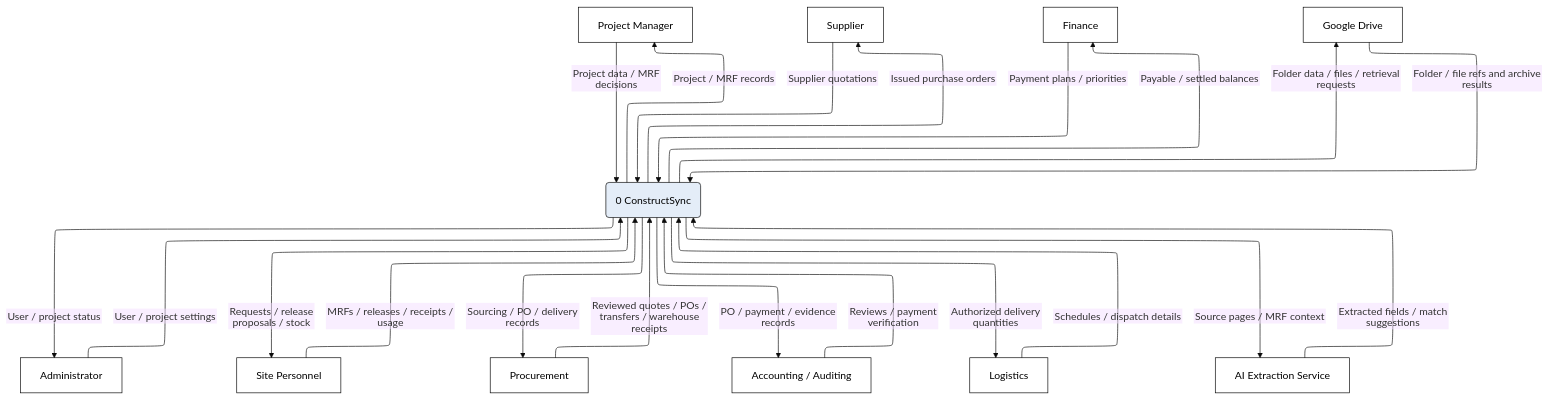
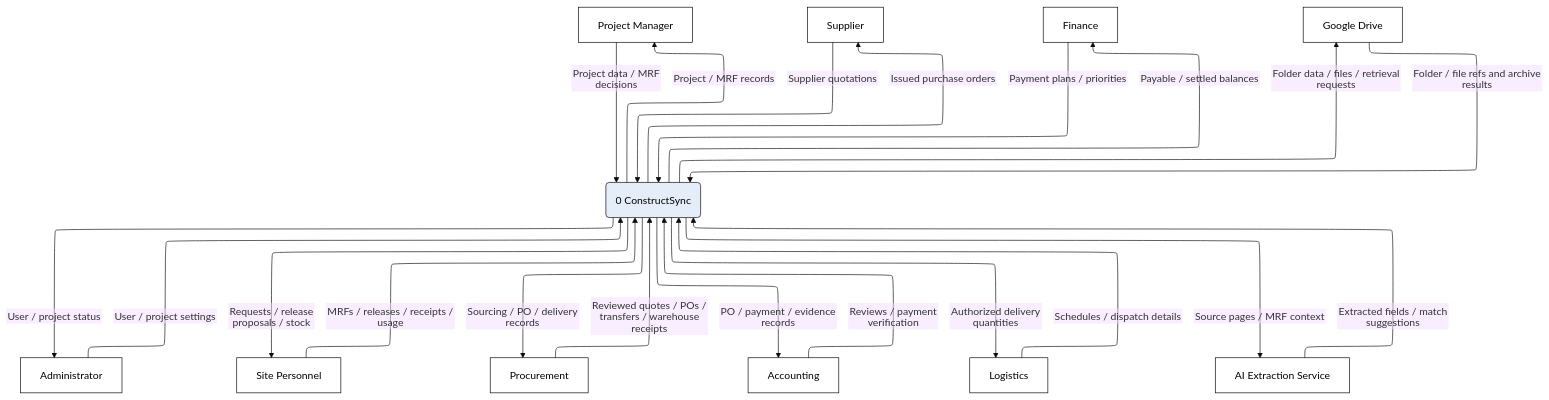
The diagram in docs/thesis/dfd/constructsync-context.mmd (yaboii-jah/HML-Prototype), drawn with Mermaid before and after one commit. The commit also changed 941 other files, not shown here.

```diff
--- a/docs/thesis/dfd/constructsync-context.mmd
+++ b/docs/thesis/dfd/constructsync-context.mmd
@@ -1,45 +1,45 @@
 ---
 config:
   layout: elk
   theme: base
   flowchart:
     htmlLabels: false
 ---
 flowchart TB
   admin["Administrator"]
   pm["Project Manager"]
   site["Site Personnel"]
   proc["Procurement"]
   supplier["Supplier"]
   finance["Finance"]
-  accounting["Accounting / Auditing"]
+  accounting["Accounting"]
   logistics["Logistics"]
   ai["AI Extraction Service"]
   drive["Google Drive"]
   P0("0 ConstructSync")
   admin -->|"User / project settings"| P0
   P0 -->|"User / project status"| admin
   pm -->|"Project data / MRF decisions"| P0
   P0 -->|"Project / MRF records"| pm
   site -->|"MRFs / releases / receipts / usage"| P0
   P0 -->|"Requests / release proposals / stock"| site
   proc -->|"Reviewed quotes / POs / transfers / warehouse receipts"| P0
   P0 -->|"Sourcing / PO / delivery records"| proc
   supplier -->|"Supplier quotations"| P0
   P0 -->|"Issued purchase orders"| supplier
   finance -->|"Payment plans / priorities"| P0
   P0 -->|"Payable / settled balances"| finance
   accounting -->|"Reviews / payment verification"| P0
   P0 -->|"PO / payment / evidence records"| accounting
   logistics -->|"Schedules / dispatch details"| P0
   P0 -->|"Authorized delivery quantities"| logistics
   ai -->|"Extracted fields / match suggestions"| P0
   P0 -->|"Source pages / MRF context"| ai
   drive -->|"Folder / file refs and archive results"| P0
   P0 -->|"Folder data / files / retrieval requests"| drive
   classDef external fill:#ffffff,stroke:#000000,color:#000000
   classDef process fill:#e4edf8,stroke:#000000,color:#000000
   classDef data fill:#fff8e6,stroke:#8a7544,color:#000000
   class admin,pm,site,proc,supplier,finance,accounting,logistics,ai,drive external
   class P0 process
   %% Supplier quotations and issued purchase orders are exchanged through Procurement; suppliers do not directly access the application.
```
